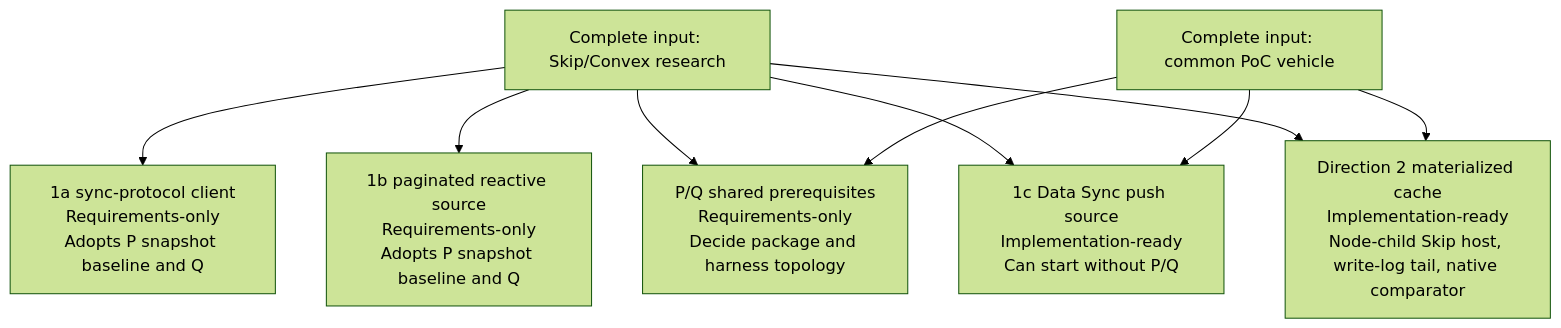
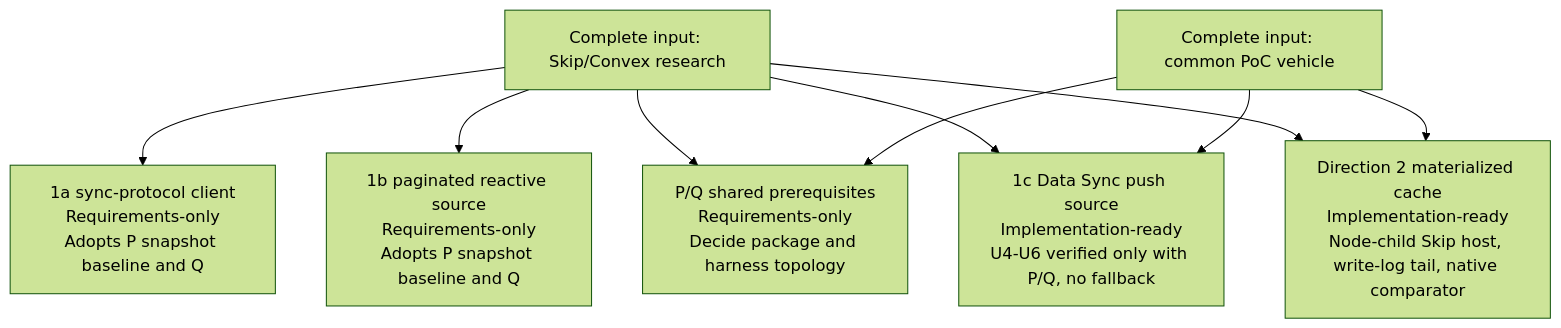
Before and after one commit to billf/convex-backend: the first of 3 diagrams in docs/plans/planning-timeline.md, drawn with Mermaid (forest theme). The commit also changed 2 other files, not shown here.

Commit message:
Mark stale 1c fallback claims and scope P1 no-torn invariant to Q14
- Doc-map Key Decisions and U3 progress bullets carry the 2026-09-23
  superseded marker like AE1 and the U3 test bullets already do.
- Planning-timeline 1c node says U4-U6 verify only with P/Q, no fallback.
- P1 states that P3's single write proves atomicity only at the source
  input; derived-feed no-torn claims need Q14's full-chain observation.

Claude-Session: https://claude.ai/code/session_011hDhNy834HKHNtV7rFdBXE

````diff
--- a/docs/plans/planning-timeline.md
+++ b/docs/plans/planning-timeline.md
@@ -30,19 +30,19 @@
 ```mermaid
 flowchart TB
   research["Complete input: Skip/Convex research"]
   vehicle["Complete input: common PoC vehicle"]
   oneA["1a sync-protocol client\nRequirements-only\nAdopts P snapshot baseline and Q"]
   oneB["1b paginated reactive source\nRequirements-only\nAdopts P snapshot baseline and Q"]
   shared["P/Q shared prerequisites\nRequirements-only\nDecide package and harness topology"]
-  oneC["1c Data Sync push source\nImplementation-ready\nCan start without P/Q"]
+  oneC["1c Data Sync push source\nImplementation-ready\nU4-U6 verified only with P/Q, no fallback"]
   two["Direction 2 materialized cache\nImplementation-ready\nNode-child Skip host, write-log tail, native comparator"]
 
   research --> oneA
   research --> oneB
   research --> shared
   research --> oneC
   research --> two
   vehicle --> shared
   vehicle --> oneC
   vehicle --> two
 ```
````
